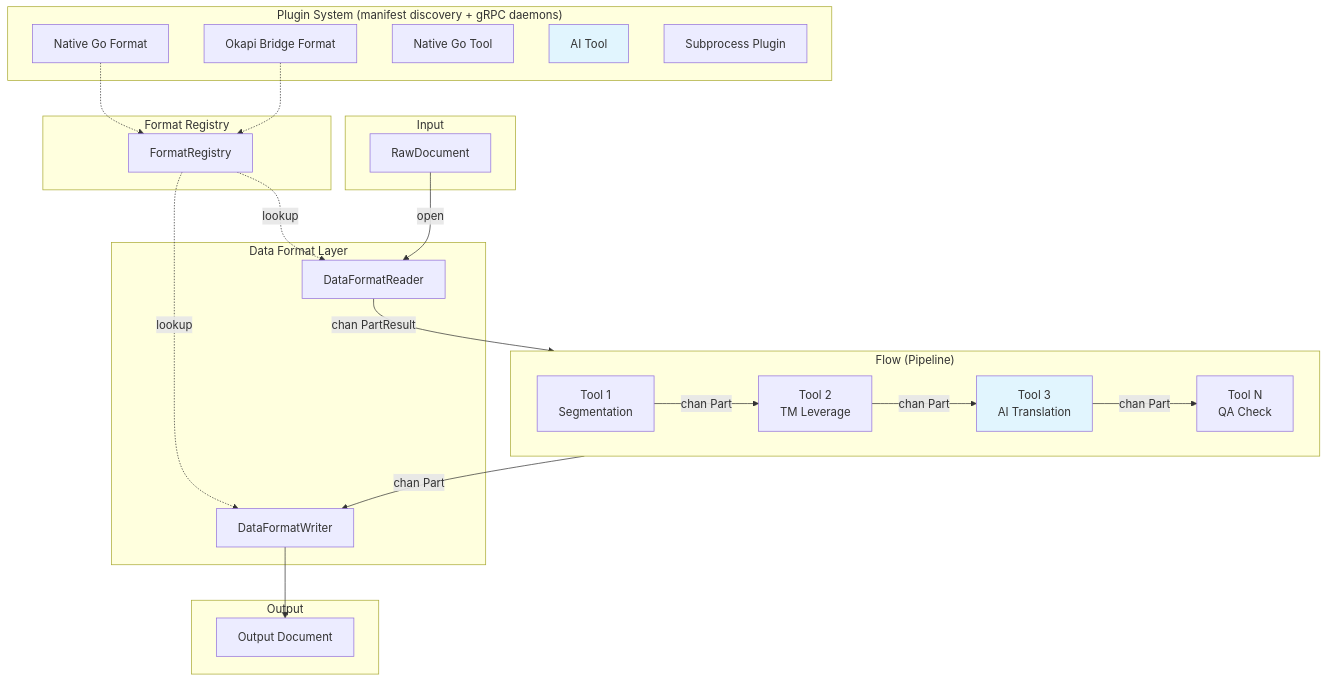
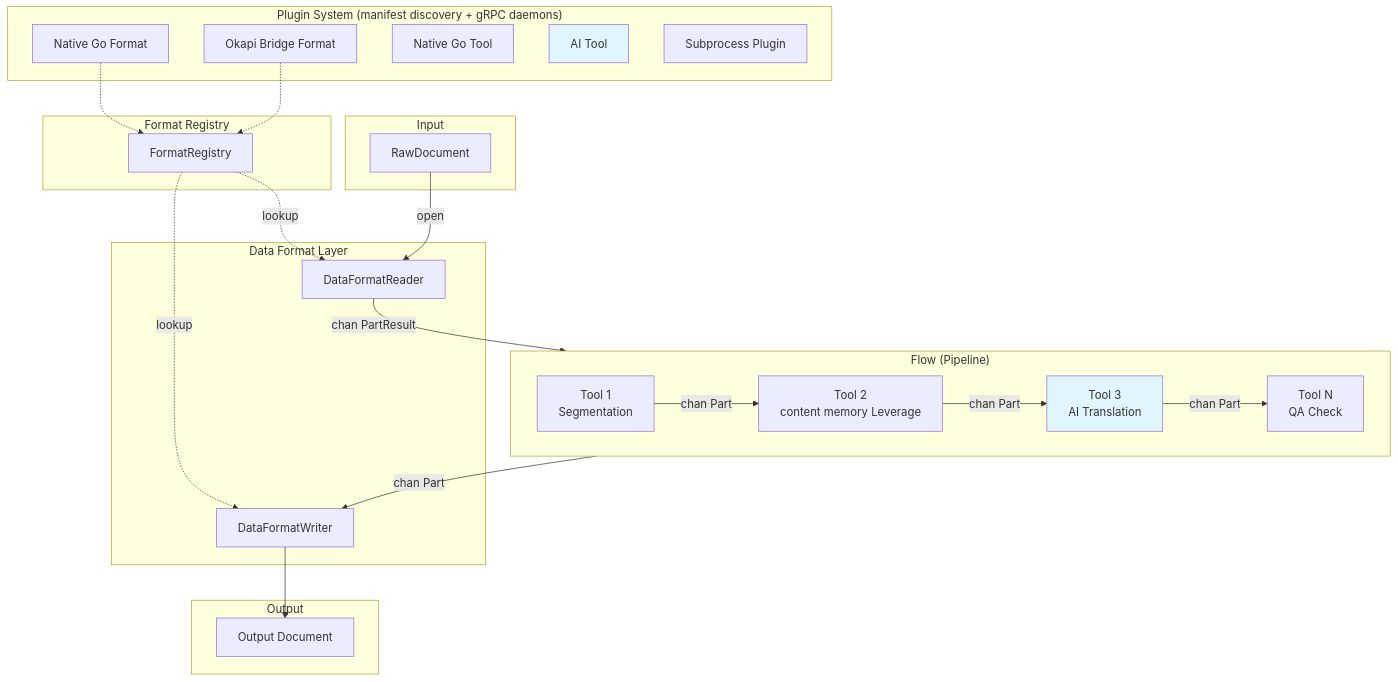
The first of 2 diagrams in docs/internals/ARCHITECTURE.md (neokapi/neokapi), drawn with Mermaid before and after one commit. The commit also changed other lines of this file and 836 other files, not shown here.

````diff
--- a/docs/internals/ARCHITECTURE.md
+++ b/docs/internals/ARCHITECTURE.md
@@ -9,51 +9,51 @@
 ```mermaid
 graph TB
     subgraph Input
         RD[RawDocument]
     end
 
     subgraph "Data Format Layer"
         DFR[DataFormatReader]
         DFW[DataFormatWriter]
     end
 
     subgraph "Flow (Pipeline)"
         direction LR
         T1[Tool 1<br/>Segmentation]
-        T2[Tool 2<br/>TM Leverage]
+        T2[Tool 2<br/>content memory Leverage]
         T3[Tool 3<br/>AI Translation]
         T4[Tool N<br/>QA Check]
         T1 -->|"chan Part"| T2
         T2 -->|"chan Part"| T3
         T3 -->|"chan Part"| T4
     end
 
     subgraph Output
         OUT[Output Document]
     end
 
     RD -->|open| DFR
     DFR -->|"chan PartResult"| T1
     T4 -->|"chan Part"| DFW
     DFW --> OUT
 
     subgraph "Plugin System (manifest discovery + gRPC daemons)"
         P1[Native Go Format]
         P2[Okapi Bridge Format]
         P3[Native Go Tool]
         P4[AI Tool]
         P5[Subprocess Plugin]
     end
 
     subgraph "Format Registry"
         FR[FormatRegistry]
     end
 
     FR -.->|lookup| DFR
     FR -.->|lookup| DFW
     P1 -.-> FR
     P2 -.-> FR
 
     style T3 fill:#e1f5fe
     style P4 fill:#e1f5fe
 ```
````
